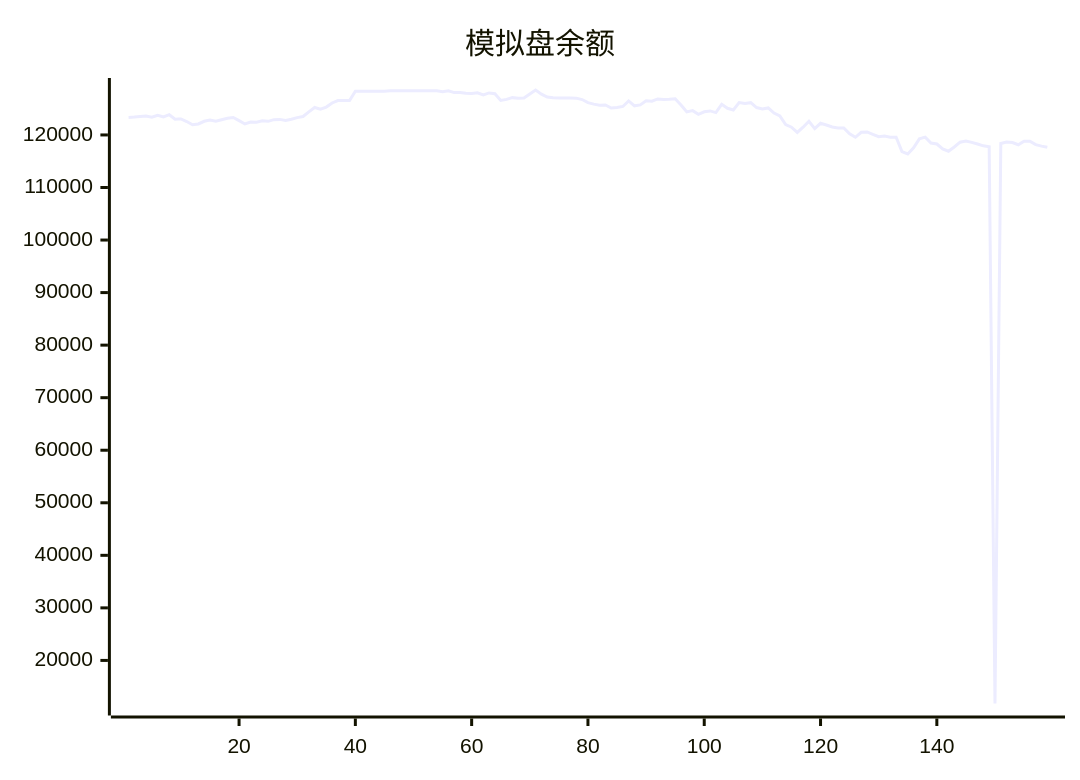
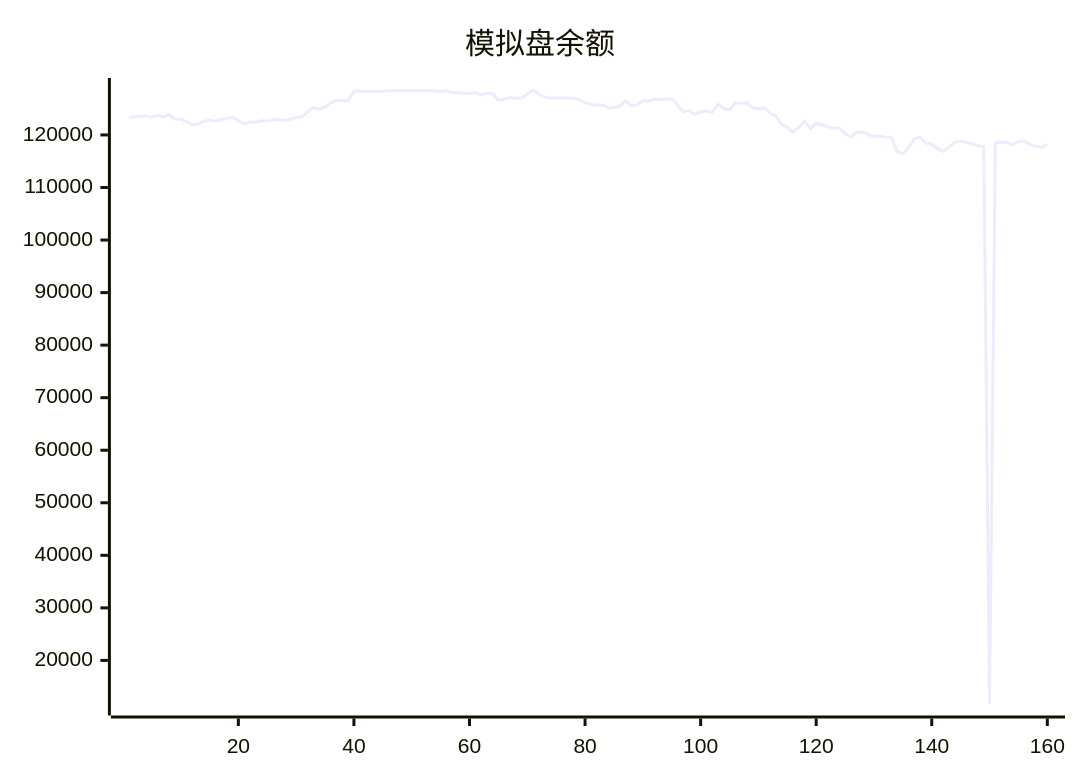
One commit to aahl/ai-trading changed the diagram in README.md. Above: the diagram before and after it, drawn with Mermaid. The commit also changed other lines of this file and 1 other file, not shown here.

````diff
--- a/README.md
+++ b/README.md
@@ -5,5 +5,5 @@
 ```mermaid
 xychart
     title "模拟盘余额"
-    line [123338,123402,123530,123592,123378,123745,123413,123853,123009,123040,122557,121938,122095,122599,122856,122597,122898,123160,123319,122719,122087,122454,122416,122685,122592,122907,122961,122776,122981,123295,123507,124403,125224,124894,125303,126088,126544,126534,126549,128335,128318,128318,128318,128318,128318,128424,128424,128424,128424,128424,128424,128424,128424,128424,128247,128412,128062,128087,127917,127901,128026,127611,128000,127850,126572,126770,127100,126971,127029,127783,128554,127765,127224,127064,127044,127009,127025,127004,126738,126152,125871,125635,125707,125117,125217,125420,126480,125545,125715,126511,126424,126856,126764,126788,126890,125710,124381,124632,123936,124402,124574,124256,125833,125070,124739,126154,125966,126145,125213,124943,125143,124157,123604,121959,121476,120476,121470,122610,121201,122221,121889,121522,121332,121344,120232,119559,120513,120577,120108,119680,119777,119572,119568,116839,116392,117573,119250,119585,118469,118277,117338,116897,117706,118628,118849,118579,118280,117926,117735,11802,118373,118639,118544,118136,118798,118819,118162,117874,117649]
+    line [123338,123402,123530,123592,123378,123745,123413,123853,123009,123040,122557,121938,122095,122599,122856,122597,122898,123160,123319,122719,122087,122454,122416,122685,122592,122907,122961,122776,122981,123295,123507,124403,125224,124894,125303,126088,126544,126534,126549,128335,128318,128318,128318,128318,128318,128424,128424,128424,128424,128424,128424,128424,128424,128424,128247,128412,128062,128087,127917,127901,128026,127611,128000,127850,126572,126770,127100,126971,127029,127783,128554,127765,127224,127064,127044,127009,127025,127004,126738,126152,125871,125635,125707,125117,125217,125420,126480,125545,125715,126511,126424,126856,126764,126788,126890,125710,124381,124632,123936,124402,124574,124256,125833,125070,124739,126154,125966,126145,125213,124943,125143,124157,123604,121959,121476,120476,121470,122610,121201,122221,121889,121522,121332,121344,120232,119559,120513,120577,120108,119680,119777,119572,119568,116839,116392,117573,119250,119585,118469,118277,117338,116897,117706,118628,118849,118579,118280,117926,117735,11802,118373,118639,118544,118136,118798,118819,118162,117874,117649,118215]
 ```
````
